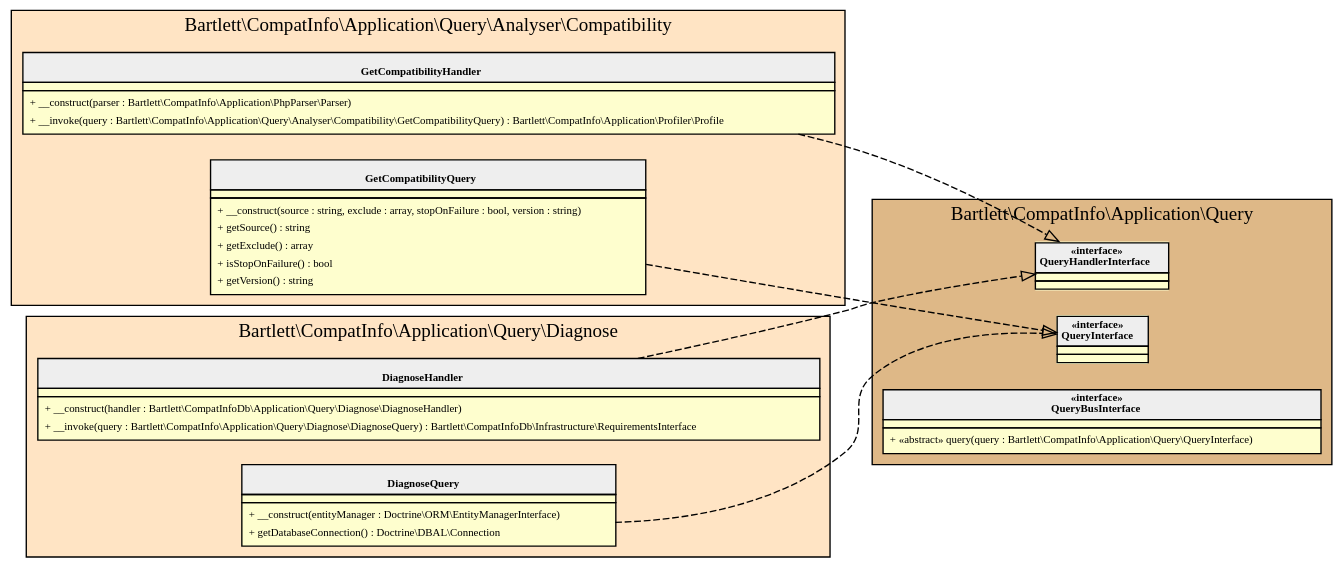
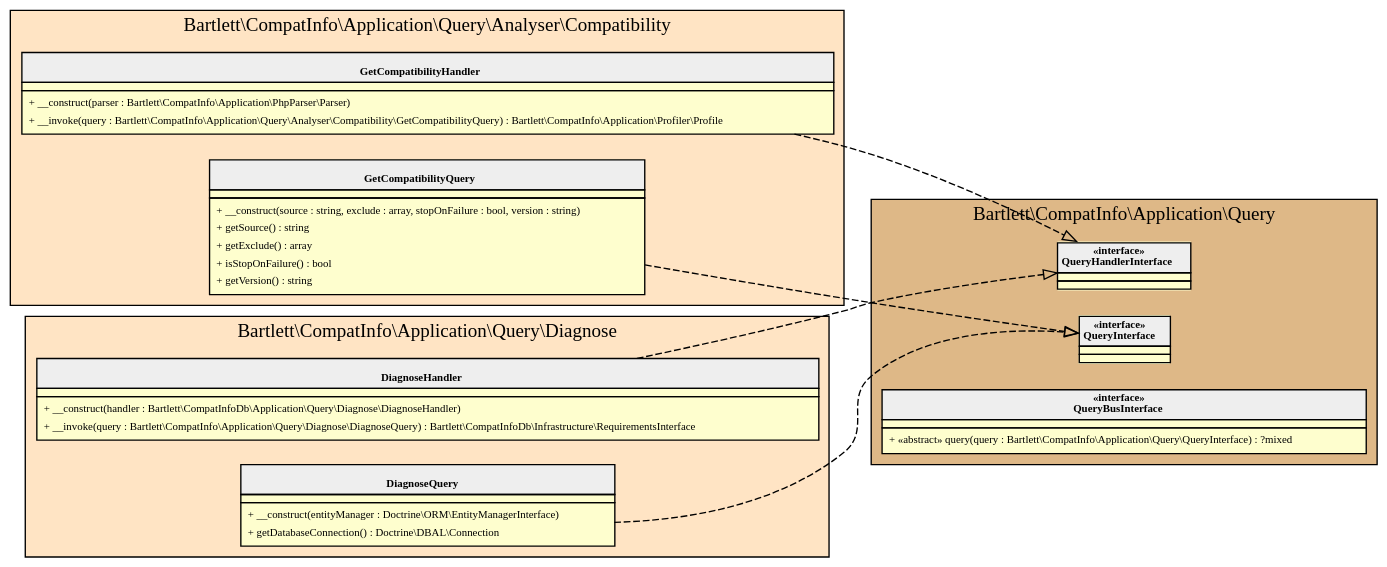
Before and after one commit to llaville/php-compatinfo: the diagram in 7.1/assets/images/application-query.html.gv, drawn with Graphviz. The commit also changed 43 other files, not shown here.

```diff
--- a/7.1/assets/images/application-query.html.gv
+++ b/7.1/assets/images/application-query.html.gv
@@ -1,80 +1,80 @@
 digraph {
   graph [name="G" overlap="false" rankdir="LR" bgcolor="transparent"]
   node [fontname="Verdana" fontsize=8 shape="none" margin=0 fillcolor="#FEFECE" style="filled"]
   edge [fontname="Verdana" fontsize=8]
   subgraph cluster_0 {
     graph [bgcolor="Bisque"]
     label = "Bartlett\\CompatInfo\\Application\\Query\\Analyser\\Compatibility"
     "Bartlett\\CompatInfo\\Application\\Query\\Analyser\\Compatibility\\GetCompatibilityHandler" [shape="none" label=<
 <table cellspacing="0" border="0" cellborder="1">
     <tr><td bgcolor="#eeeeee"><b><br/>GetCompatibilityHandler</b></td></tr>
     <tr><td></td></tr>
     <tr><td><table border="0" cellspacing="0" cellpadding="2">
     <tr><td align="left">+ __construct(parser : Bartlett\\CompatInfo\\Application\\PhpParser\\Parser)</td></tr>
     <tr><td align="left">+ __invoke(query : Bartlett\\CompatInfo\\Application\\Query\\Analyser\\Compatibility\\GetCompatibilityQuery) : Bartlett\\CompatInfo\\Application\\Profiler\\Profile</td></tr>
 </table></td></tr>
 </table>>]
     "Bartlett\\CompatInfo\\Application\\Query\\Analyser\\Compatibility\\GetCompatibilityQuery" [shape="none" label=<
 <table cellspacing="0" border="0" cellborder="1">
     <tr><td bgcolor="#eeeeee"><b><br/>GetCompatibilityQuery</b></td></tr>
     <tr><td></td></tr>
     <tr><td><table border="0" cellspacing="0" cellpadding="2">
     <tr><td align="left">+ __construct(source : string, exclude : array, stopOnFailure : bool, version : string)</td></tr>
     <tr><td align="left">+ getSource() : string</td></tr>
     <tr><td align="left">+ getExclude() : array</td></tr>
     <tr><td align="left">+ isStopOnFailure() : bool</td></tr>
     <tr><td align="left">+ getVersion() : string</td></tr>
 </table></td></tr>
 </table>>]
   }
   subgraph cluster_1 {
     graph [bgcolor="BurlyWood"]
     label = "Bartlett\\CompatInfo\\Application\\Query"
     "Bartlett\\CompatInfo\\Application\\Query\\QueryHandlerInterface" [shape="none" label=<
 <table cellspacing="0" border="0" cellborder="1">
     <tr><td bgcolor="#eeeeee"><b>«interface»<br/>QueryHandlerInterface</b></td></tr>
     <tr><td></td></tr>
     <tr><td></td></tr>
 </table>>]
     "Bartlett\\CompatInfo\\Application\\Query\\QueryInterface" [shape="none" label=<
 <table cellspacing="0" border="0" cellborder="1">
     <tr><td bgcolor="#eeeeee"><b>«interface»<br/>QueryInterface</b></td></tr>
     <tr><td></td></tr>
     <tr><td></td></tr>
 </table>>]
     "Bartlett\\CompatInfo\\Application\\Query\\QueryBusInterface" [shape="none" label=<
 <table cellspacing="0" border="0" cellborder="1">
     <tr><td bgcolor="#eeeeee"><b>«interface»<br/>QueryBusInterface</b></td></tr>
     <tr><td></td></tr>
     <tr><td><table border="0" cellspacing="0" cellpadding="2">
-    <tr><td align="left">+ «abstract» query(query : Bartlett\\CompatInfo\\Application\\Query\\QueryInterface)</td></tr>
+    <tr><td align="left">+ «abstract» query(query : Bartlett\\CompatInfo\\Application\\Query\\QueryInterface) : ?mixed</td></tr>
 </table></td></tr>
 </table>>]
   }
   subgraph cluster_2 {
     graph [bgcolor="Bisque"]
     label = "Bartlett\\CompatInfo\\Application\\Query\\Diagnose"
     "Bartlett\\CompatInfo\\Application\\Query\\Diagnose\\DiagnoseHandler" [shape="none" label=<
 <table cellspacing="0" border="0" cellborder="1">
     <tr><td bgcolor="#eeeeee"><b><br/>DiagnoseHandler</b></td></tr>
     <tr><td></td></tr>
     <tr><td><table border="0" cellspacing="0" cellpadding="2">
     <tr><td align="left">+ __construct(handler : Bartlett\\CompatInfoDb\\Application\\Query\\Diagnose\\DiagnoseHandler)</td></tr>
     <tr><td align="left">+ __invoke(query : Bartlett\\CompatInfo\\Application\\Query\\Diagnose\\DiagnoseQuery) : Bartlett\\CompatInfoDb\\Infrastructure\\RequirementsInterface</td></tr>
 </table></td></tr>
 </table>>]
     "Bartlett\\CompatInfo\\Application\\Query\\Diagnose\\DiagnoseQuery" [shape="none" label=<
 <table cellspacing="0" border="0" cellborder="1">
     <tr><td bgcolor="#eeeeee"><b><br/>DiagnoseQuery</b></td></tr>
     <tr><td></td></tr>
     <tr><td><table border="0" cellspacing="0" cellpadding="2">
     <tr><td align="left">+ __construct(entityManager : Doctrine\\ORM\\EntityManagerInterface)</td></tr>
     <tr><td align="left">+ getDatabaseConnection() : Doctrine\\DBAL\\Connection</td></tr>
 </table></td></tr>
 </table>>]
   }
   "Bartlett\\CompatInfo\\Application\\Query\\Analyser\\Compatibility\\GetCompatibilityHandler" -> "Bartlett\\CompatInfo\\Application\\Query\\QueryHandlerInterface" [arrowhead="empty" style="dashed"]
   "Bartlett\\CompatInfo\\Application\\Query\\Analyser\\Compatibility\\GetCompatibilityQuery" -> "Bartlett\\CompatInfo\\Application\\Query\\QueryInterface" [arrowhead="empty" style="dashed"]
   "Bartlett\\CompatInfo\\Application\\Query\\Diagnose\\DiagnoseHandler" -> "Bartlett\\CompatInfo\\Application\\Query\\QueryHandlerInterface" [arrowhead="empty" style="dashed"]
   "Bartlett\\CompatInfo\\Application\\Query\\Diagnose\\DiagnoseQuery" -> "Bartlett\\CompatInfo\\Application\\Query\\QueryInterface" [arrowhead="empty" style="dashed"]
 }
```
